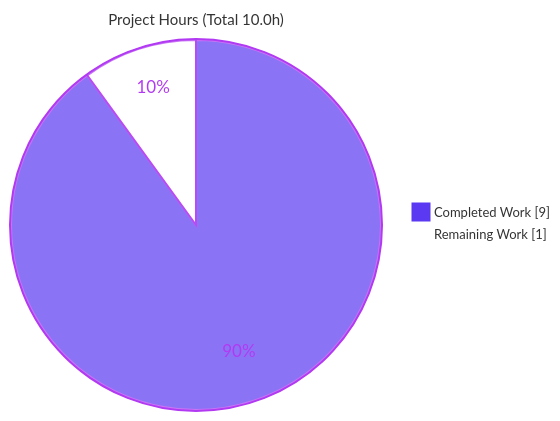
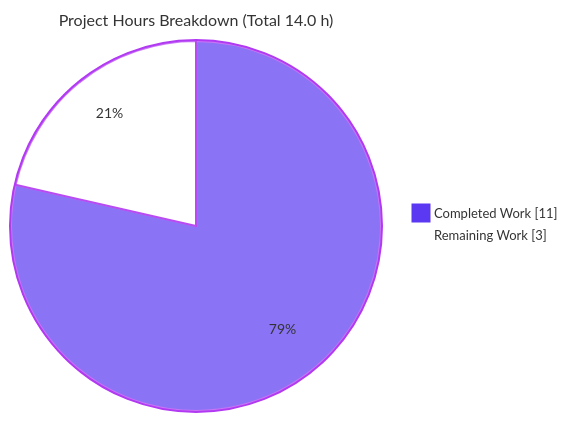
The second of 3 diagrams in blitzy/documentation/Project Guide.md (Sandeep01Kumar/existing-projects-qa-test-02-dec), drawn with Mermaid before and after one commit. The commit also changed other lines of this file, not shown here.

Commit message:
Adding Blitzy Project Guide: Project Status and Human Tasks Remaining

````diff
--- a/blitzy/documentation/Project Guide.md
+++ b/blitzy/documentation/Project Guide.md
@@ -173,6 +184,6 @@
 ```mermaid
-%%{init: {"theme":"base","themeVariables":{"pie1":"#5B39F3","pie2":"#FFFFFF","pieStrokeColor":"#B23AF2","pieOuterStrokeColor":"#B23AF2","pieSectionTextColor":"#B23AF2","pieTitleTextSize":"15px","pieLegendTextSize":"13px"}}}%%
-pie showData title Project Hours (Total 10.0h)
-    "Completed Work" : 9.0
-    "Remaining Work" : 1.0
+%%{init: {'theme':'base','themeVariables':{'pie1':'#5B39F3','pie2':'#FFFFFF','pieStrokeColor':'#B23AF2','pieOuterStrokeColor':'#B23AF2','pieTitleTextSize':'16px','pieSectionTextSize':'14px','pieLegendTextSize':'13px'}}}%%
+pie showData title Project Hours Breakdown (Total 14.0 h)
+    "Completed Work" : 11
+    "Remaining Work" : 3
 ```
````
